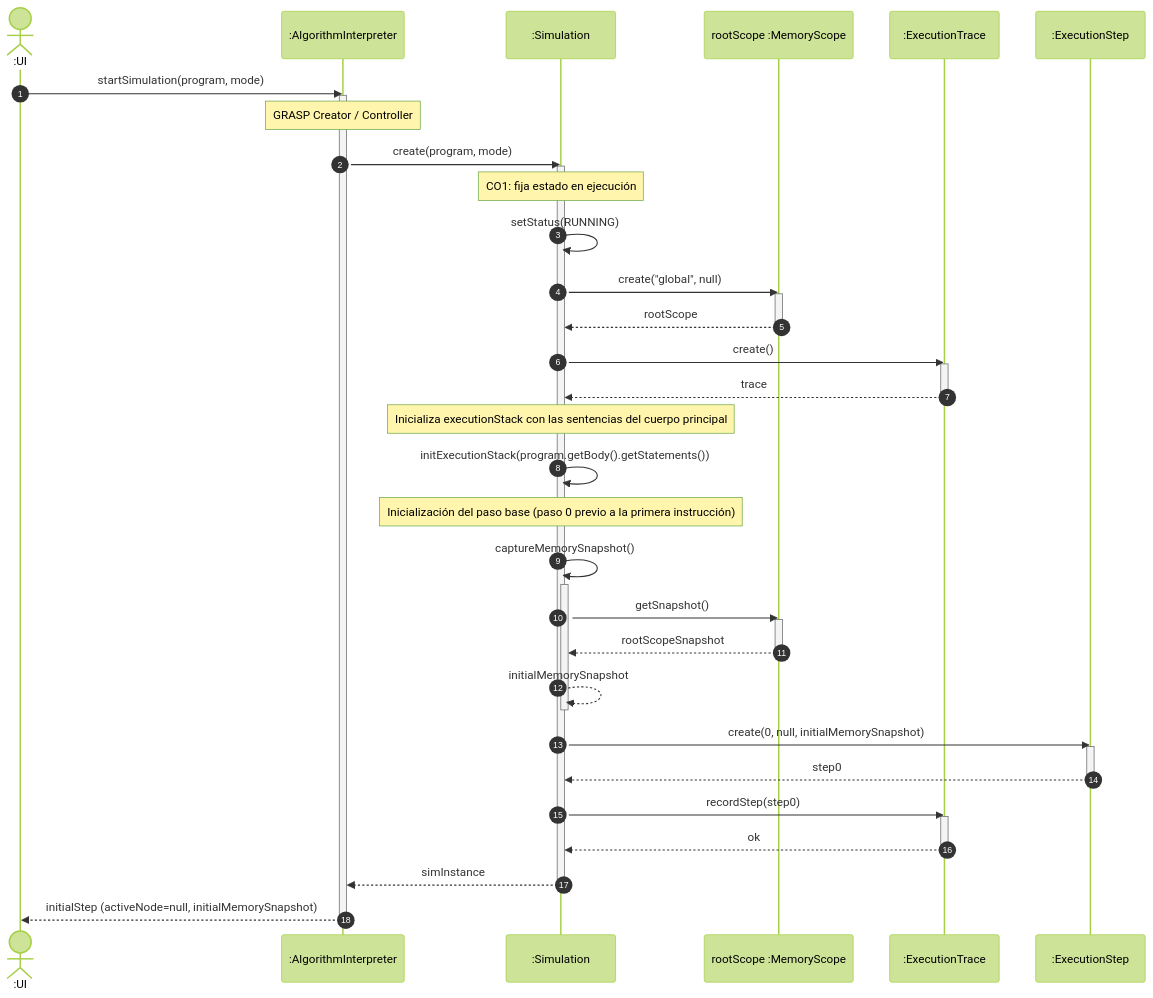
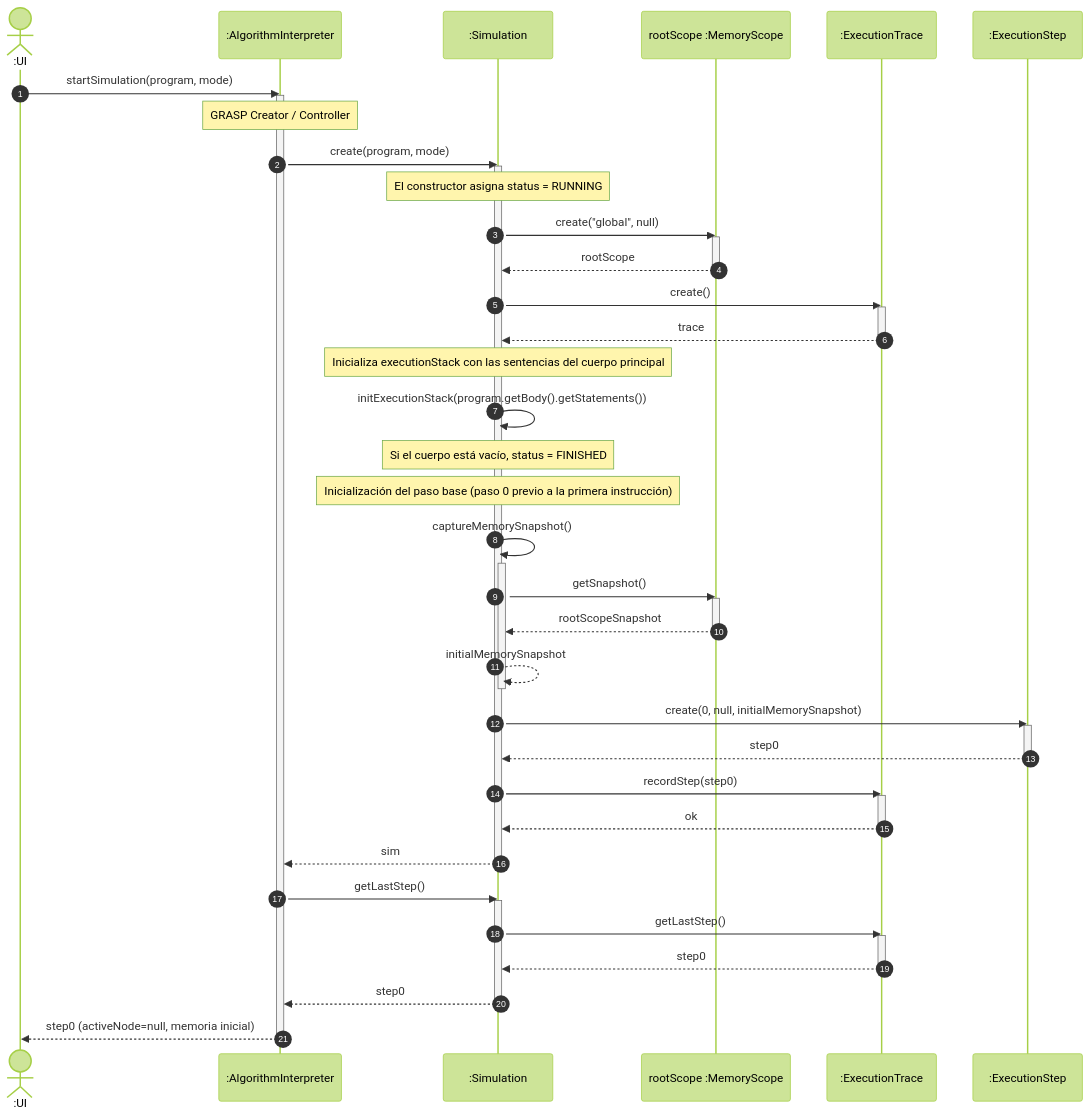
One commit to CrysoK/DiagramarPWA changed the first of 9 diagrams in docs/up/03-design/interaction-diagrams/uc02.md. Above: the diagram before and after it, drawn with Mermaid (forest theme). The commit also changed other lines of this file and 1 other file, not shown here.

````diff
--- a/docs/up/03-design/interaction-diagrams/uc02.md
+++ b/docs/up/03-design/interaction-diagrams/uc02.md
@@ -43,59 +43,68 @@
 ```mermaid
 sequenceDiagram
     autonumber
     actor UI as :UI
     participant Ctrl as :AlgorithmInterpreter
     participant Sim as :Simulation
     participant Scope as rootScope :MemoryScope
     participant Trace as :ExecutionTrace
     participant Step0 as :ExecutionStep
 
     UI->>Ctrl: startSimulation(program, mode)
     activate Ctrl
 
     Note over Ctrl: GRASP Creator / Controller
     Ctrl->>Sim: create(program, mode)
     activate Sim
 
-    Note over Sim: CO1: fija estado en ejecución
-    Sim->>Sim: setStatus(RUNNING)
+    Note over Sim: El constructor asigna status = RUNNING
 
     Sim->>Scope: create("global", null)
     activate Scope
     Scope-->>Sim: rootScope
     deactivate Scope
 
     Sim->>Trace: create()
     activate Trace
     Trace-->>Sim: trace
     deactivate Trace
 
     Note over Sim: Inicializa executionStack con las sentencias del cuerpo principal
     Sim->>Sim: initExecutionStack(program.getBody().getStatements())
+    Note over Sim: Si el cuerpo está vacío, status = FINISHED
 
     Note over Sim: Inicialización del paso base (paso 0 previo a la primera instrucción)
     Sim->>Sim: captureMemorySnapshot()
     activate Sim
     Sim->>Scope: getSnapshot()
     activate Scope
     Scope-->>Sim: rootScopeSnapshot
     deactivate Scope
     Sim-->>Sim: initialMemorySnapshot
     deactivate Sim
 
     Sim->>Step0: create(0, null, initialMemorySnapshot)
     activate Step0
     Step0-->>Sim: step0
     deactivate Step0
 
     Sim->>Trace: recordStep(step0)
     activate Trace
     Trace-->>Sim: ok
     deactivate Trace
 
-    Sim-->>Ctrl: simInstance
+    Sim-->>Ctrl: sim
     deactivate Sim
 
-    Ctrl-->>UI: initialStep (activeNode=null, initialMemorySnapshot)
+    Ctrl->>Sim: getLastStep()
+    activate Sim
+    Sim->>Trace: getLastStep()
+    activate Trace
+    Trace-->>Sim: step0
+    deactivate Trace
+    Sim-->>Ctrl: step0
+    deactivate Sim
+
+    Ctrl-->>UI: step0 (activeNode=null, memoria inicial)
     deactivate Ctrl
 ```
````
